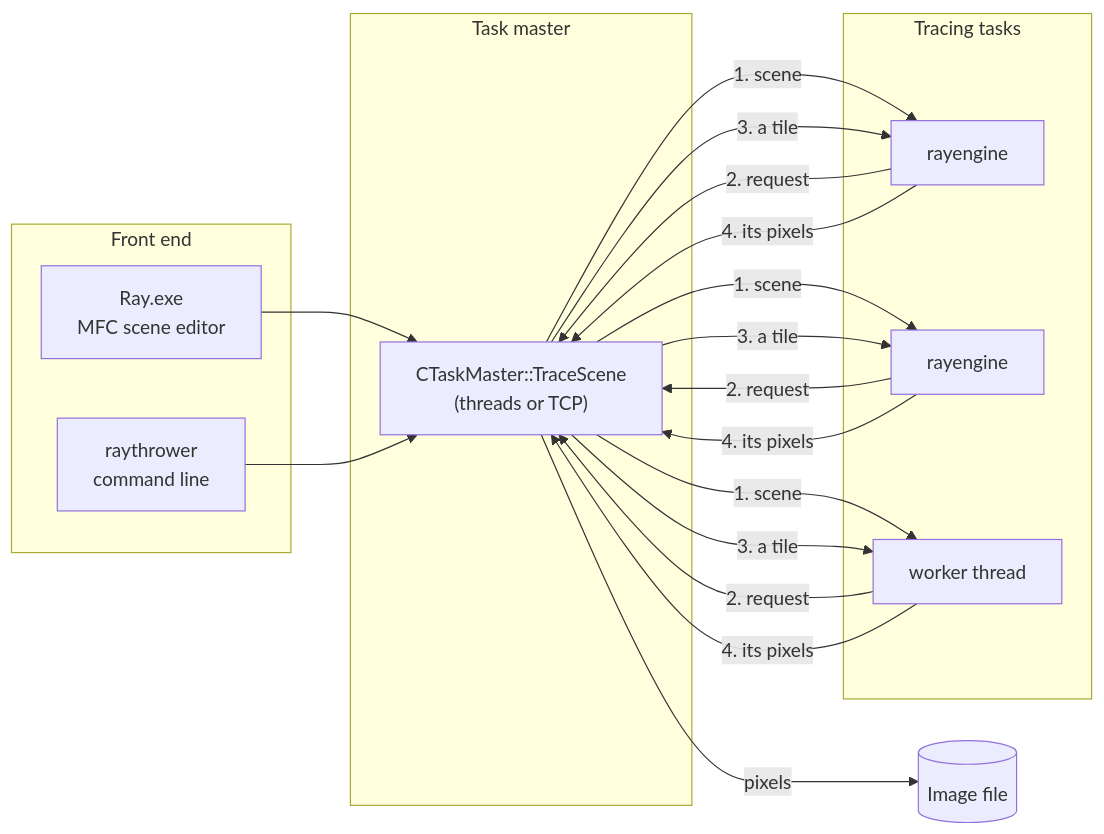
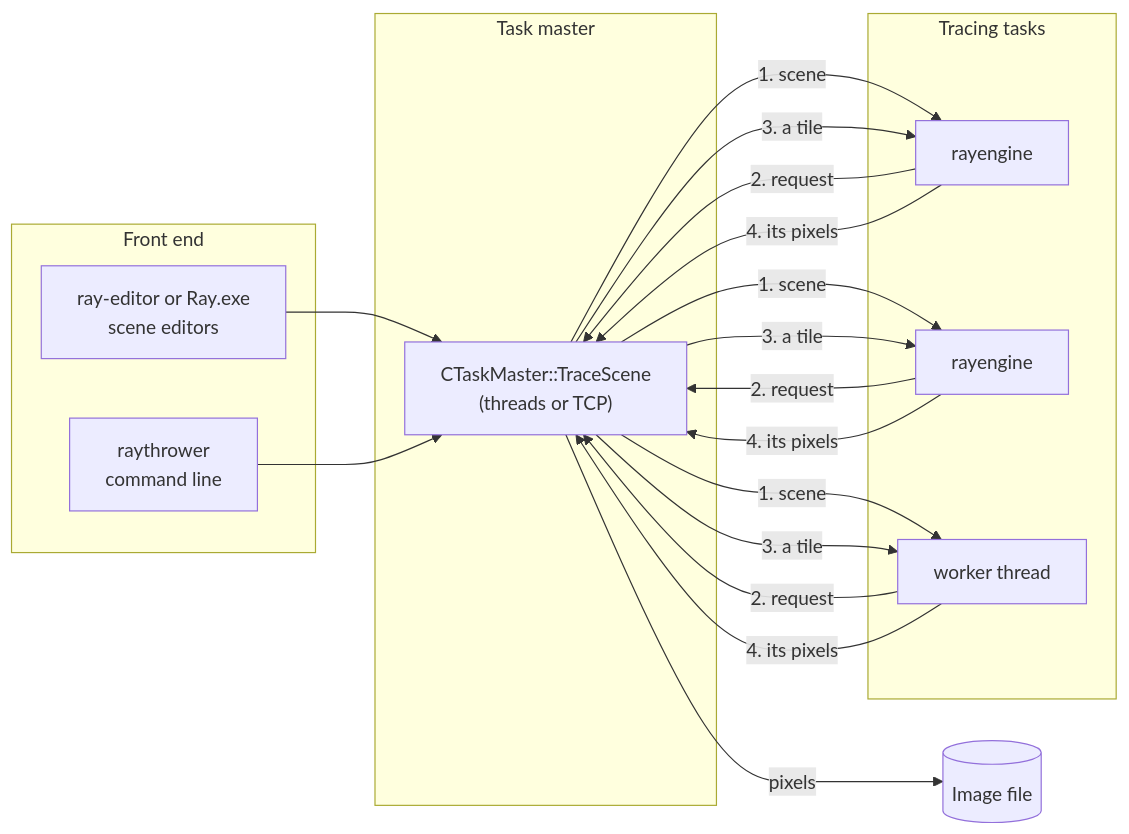
The diagram in README.md (jnaujok/Ray), drawn with Mermaid before and after one commit. The commit also changed other lines of this file and 13 other files, not shown here.

Commit message:
ray-editor: wxWidgets GUI, CI job and docs (WIP for 2026-alpha-0.12)

````diff
--- a/README.md
+++ b/README.md
@@ -188,22 +194,22 @@
 ```mermaid
 flowchart LR
     subgraph Front["Front end"]
-        UI["Ray.exe<br/>MFC scene editor"]
+        UI["ray-editor or Ray.exe<br/>scene editors"]
         CLI["raythrower<br/>command line"]
     end
     subgraph Master["Task master"]
         TM["CTaskMaster::TraceScene<br/>(threads or TCP)"]
     end
     subgraph Tasks["Tracing tasks"]
         E1[rayengine]
         E2[rayengine]
         E3["worker thread"]
     end
     UI --> TM
     CLI --> TM
     TM -- "1. scene" --> E1 & E2 & E3
     E1 & E2 & E3 -- "2. request" --> TM
     TM -- "3. a tile" --> E1 & E2 & E3
     E1 & E2 & E3 -- "4. its pixels" --> TM
     TM -- pixels --> IMG[(Image file)]
 ```
````
